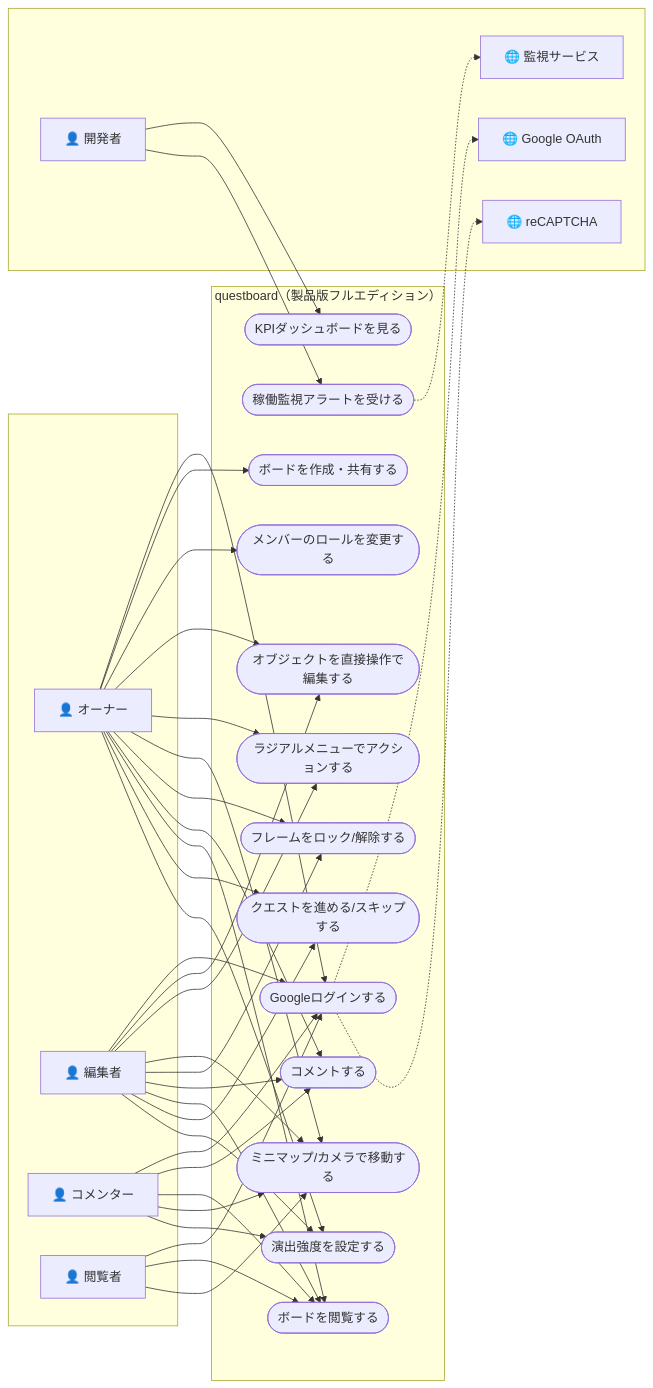
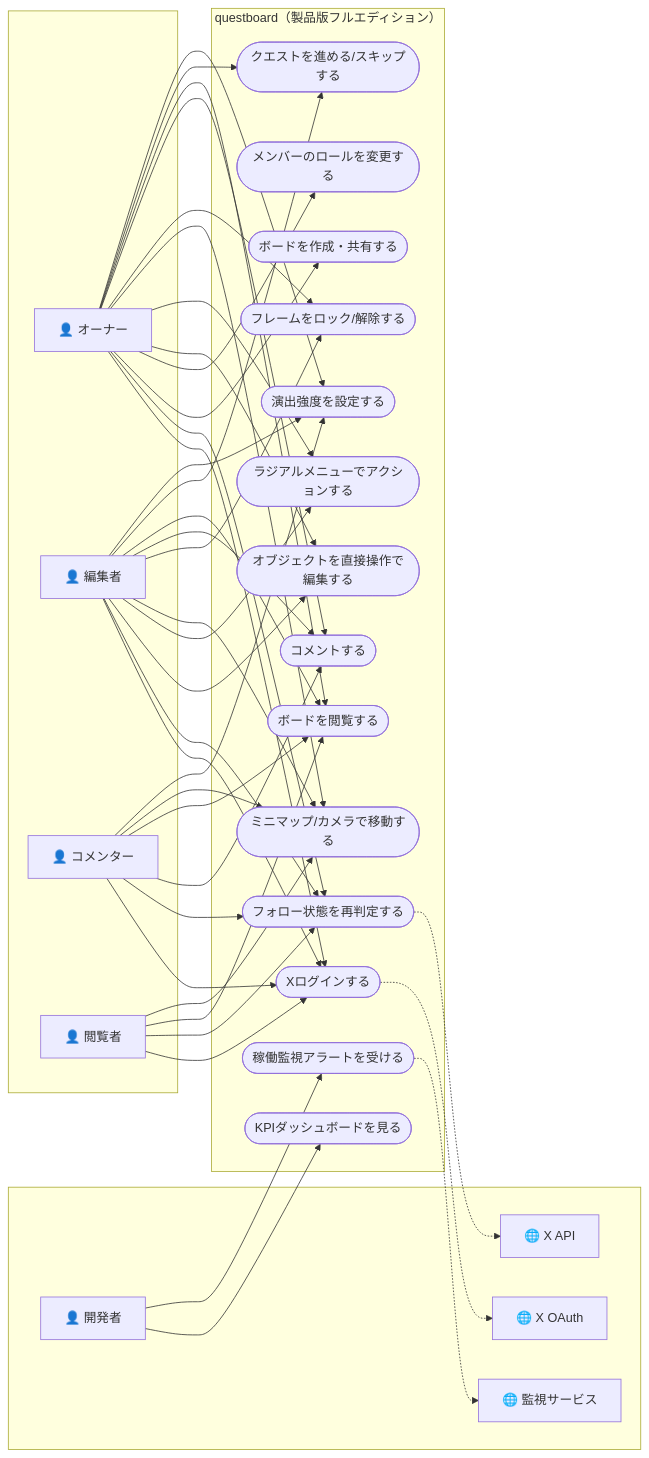
One commit to rictaworks/questboard changed diagram 11 of 11 in questboard_design_document.md. Above: the diagram before and after it, drawn with Mermaid. The commit also changed other lines of this file, not shown here.

````diff
--- a/questboard_design_document.md
+++ b/questboard_design_document.md
@@ -506,39 +592,40 @@
 ```mermaid
 flowchart LR
     subgraph actors_left [" "]
         OW["👤 オーナー"]
         ED["👤 編集者"]
         CM["👤 コメンター"]
         VW["👤 閲覧者"]
     end
     subgraph SYSTEM["questboard（製品版フルエディション）"]
-        UC1(["Googleログインする"])
+        UC1(["Xログインする"])
+        UC1b(["フォロー状態を再判定する"])
         UC2(["ボードを作成・共有する"])
         UC3(["メンバーのロールを変更する"])
         UC4(["オブジェクトを直接操作で編集する"])
         UC5(["ラジアルメニューでアクションする"])
         UC6(["ミニマップ/カメラで移動する"])
         UC7(["フレームをロック/解除する"])
         UC8(["コメントする"])
         UC9(["ボードを閲覧する"])
         UC10(["クエストを進める/スキップする"])
         UC11(["演出強度を設定する"])
         UC12(["KPIダッシュボードを見る"])
         UC13(["稼働監視アラートを受ける"])
     end
     subgraph actors_right [" "]
         DEV["👤 開発者"]
-        GOOG["🌐 Google OAuth"]
-        RCApt["🌐 reCAPTCHA"]
+        XO["🌐 X OAuth"]
+        XAPI["🌐 X API"]
         MONI["🌐 監視サービス"]
     end
 
-    OW --> UC1 & UC2 & UC3 & UC4 & UC5 & UC6 & UC7 & UC8 & UC9 & UC10 & UC11
-    ED --> UC1 & UC4 & UC5 & UC6 & UC7 & UC8 & UC9 & UC10 & UC11
-    CM --> UC1 & UC8 & UC9 & UC6 & UC11
-    VW --> UC1 & UC9 & UC6
+    OW --> UC1 & UC1b & UC2 & UC3 & UC4 & UC5 & UC6 & UC7 & UC8 & UC9 & UC10 & UC11
+    ED --> UC1 & UC1b & UC4 & UC5 & UC6 & UC7 & UC8 & UC9 & UC10 & UC11
+    CM --> UC1 & UC1b & UC8 & UC9 & UC6 & UC11
+    VW --> UC1 & UC1b & UC9 & UC6
     DEV --> UC12 & UC13
-    UC1 -.-> GOOG
-    UC1 -.-> RCApt
+    UC1 -.-> XO
+    UC1b -.-> XAPI
     UC13 -.-> MONI
 ```
````
